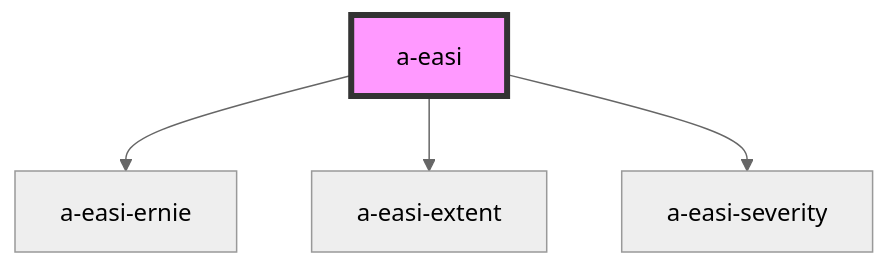
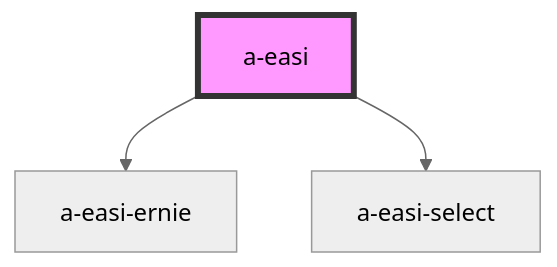
Before and after one commit to MrAntix/easi-components: the diagram in src/a-easi/readme.md, drawn with Mermaid (neutral theme). The commit also changed other lines of this file and 8 other files, not shown here.

````diff
--- a/src/a-easi/readme.md
+++ b/src/a-easi/readme.md
@@ -34,7 +33,6 @@
 ```mermaid
 graph TD;
   a-easi --> a-easi-ernie
-  a-easi --> a-easi-extent
-  a-easi --> a-easi-severity
+  a-easi --> a-easi-select
   style a-easi fill:#f9f,stroke:#333,stroke-width:4px
 ```
````
